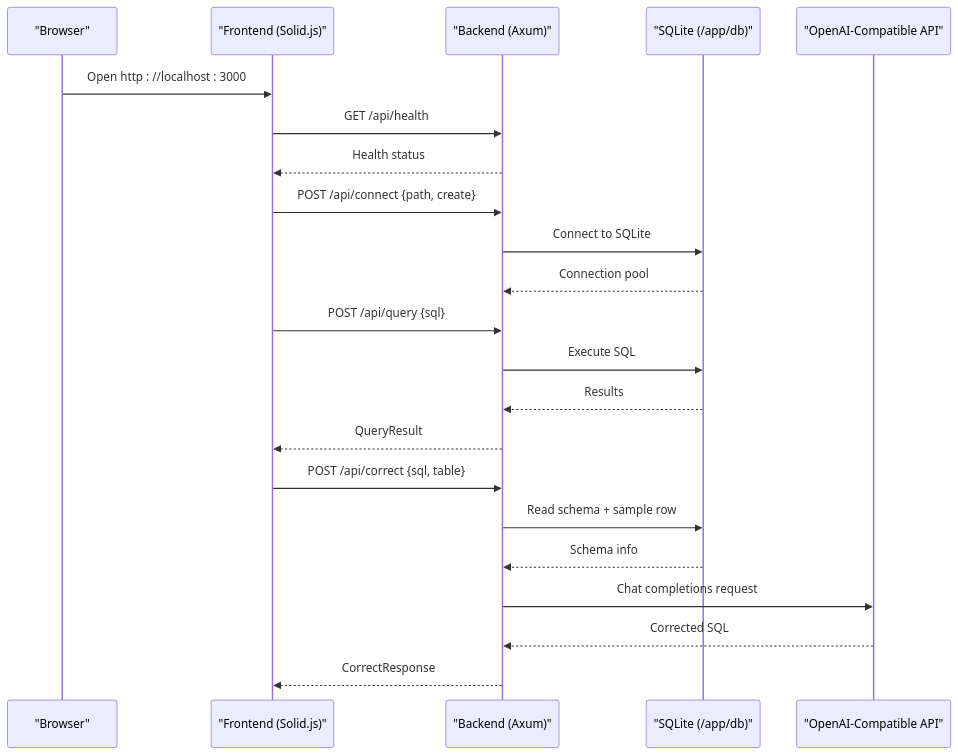
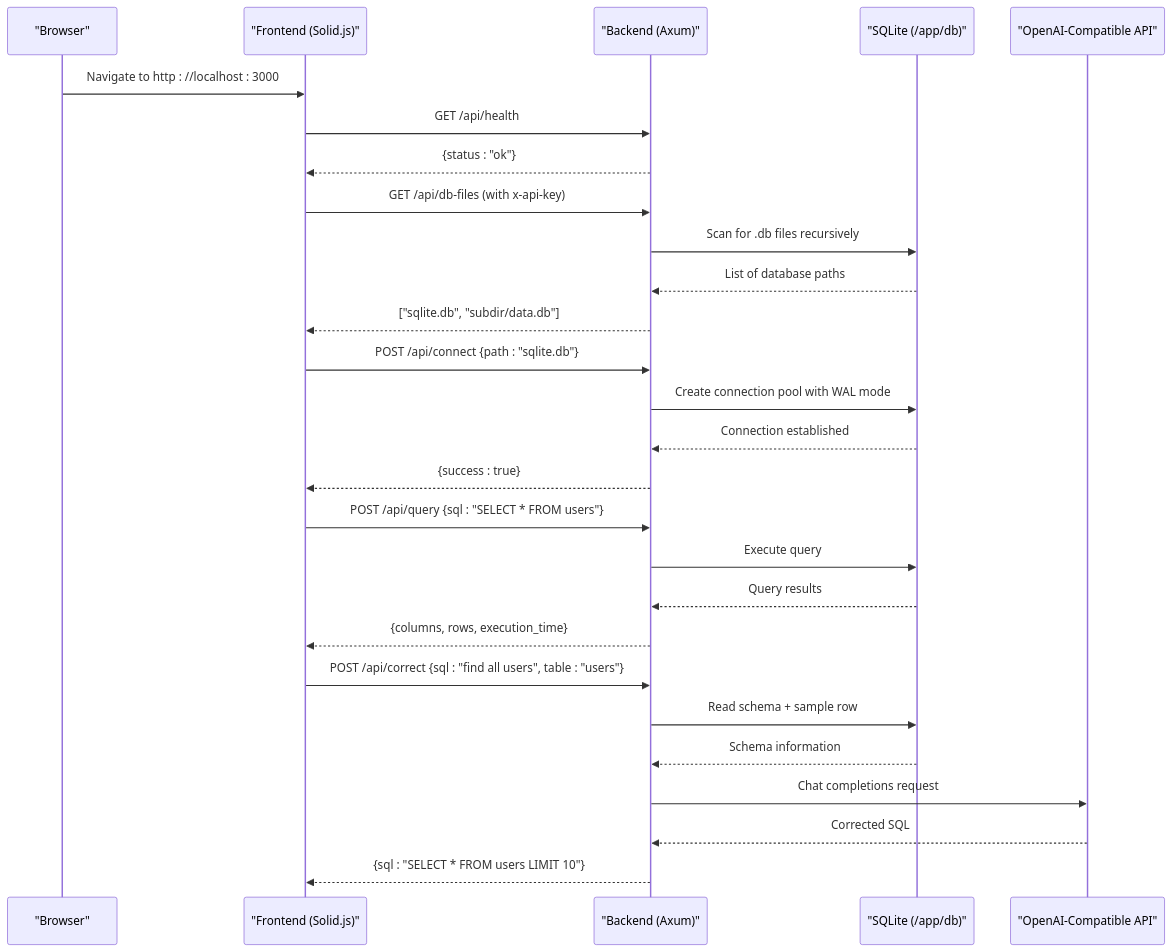
Before and after one commit to sutanto1010/crablite: the second of 2 diagrams in .qoder/repowiki/en/content/Getting Started.md, drawn with Mermaid. The commit also changed other lines of this file and 7 other files, not shown here.

First line of the commit message:
docs(architecture): update detailed system architecture and documentation

````diff
--- a/.qoder/repowiki/en/content/Getting Started.md
+++ b/.qoder/repowiki/en/content/Getting Started.md
@@ -81,24 +128,29 @@
 ```mermaid
 sequenceDiagram
 participant Browser as "Browser"
 participant FE as "Frontend (Solid.js)"
 participant BE as "Backend (Axum)"
 participant DB as "SQLite (/app/db)"
 participant AI as "OpenAI-Compatible API"
-Browser->>FE : Open http : //localhost : 3000
+Browser->>FE : Navigate to http : //localhost : 3000
 FE->>BE : GET /api/health
-BE-->>FE : Health status
-FE->>BE : POST /api/connect {path, create}
-BE->>DB : Connect to SQLite
-DB-->>BE : Connection pool
-FE->>BE : POST /api/query {sql}
-BE->>DB : Execute SQL
-DB-->>BE : Results
-BE-->>FE : QueryResult
-FE->>BE : POST /api/correct {sql, table}
+BE-->>FE : {status : "ok"}
+FE->>BE : GET /api/db-files (with x-api-key)
+BE->>DB : Scan for .db files recursively
+DB-->>BE : List of database paths
+BE-->>FE : ["sqlite.db", "subdir/data.db"]
+FE->>BE : POST /api/connect {path : "sqlite.db"}
+BE->>DB : Create connection pool with WAL mode
+DB-->>BE : Connection established
+BE-->>FE : {success : true}
+FE->>BE : POST /api/query {sql : "SELECT * FROM users"}
+BE->>DB : Execute query
+DB-->>BE : Query results
+BE-->>FE : {columns, rows, execution_time}
+FE->>BE : POST /api/correct {sql : "find all users", table : "users"}
 BE->>DB : Read schema + sample row
-DB-->>BE : Schema info
+DB-->>BE : Schema information
 BE->>AI : Chat completions request
 AI-->>BE : Corrected SQL
-BE-->>FE : CorrectResponse
+BE-->>FE : {sql : "SELECT * FROM users LIMIT 10"}
 ```
````
